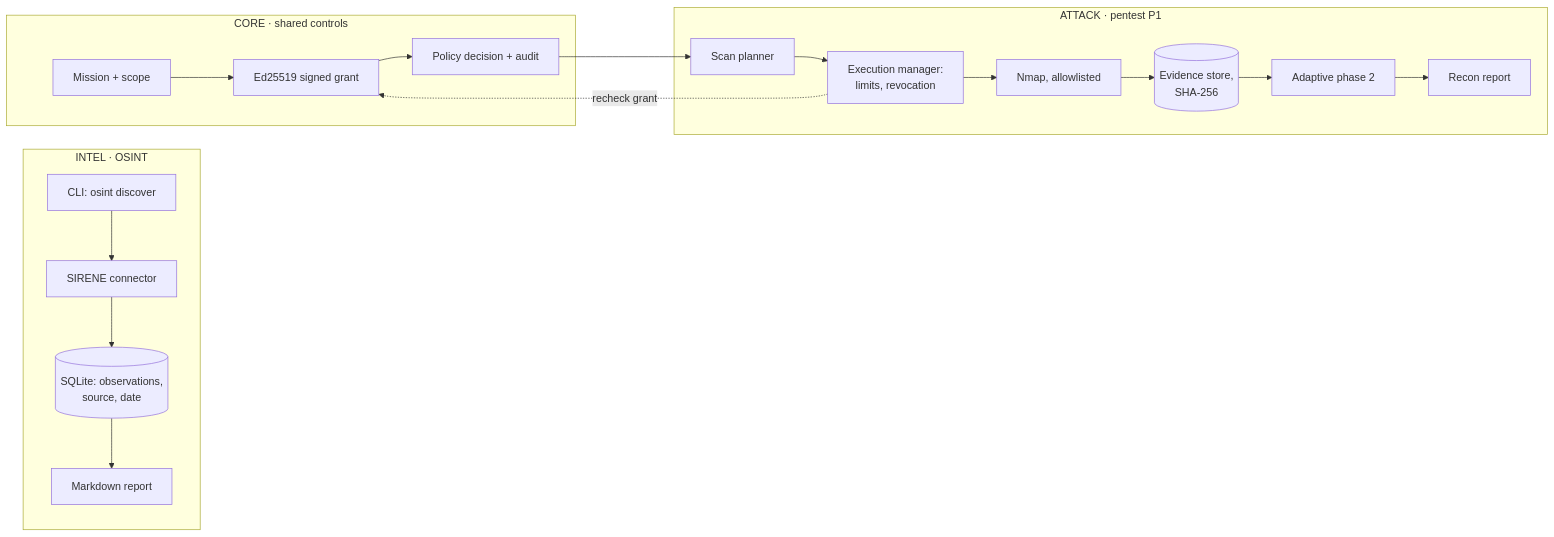
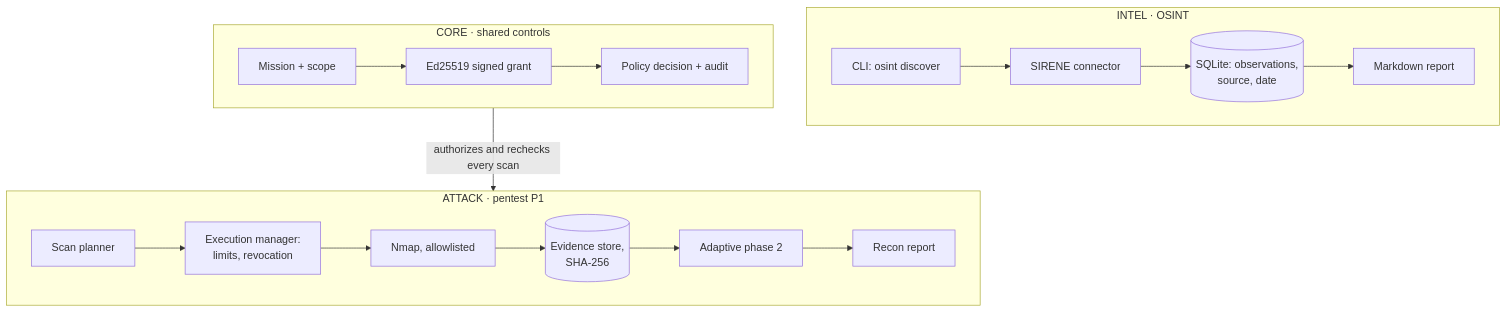
Before and after one commit to JN13012/Argos: the diagram in README.md, drawn with Mermaid.

Commit message:
docs(readme): stack architecture lanes for readability

````diff
--- a/README.md
+++ b/README.md
@@ -77,14 +77,16 @@
 ```mermaid
-flowchart LR
+flowchart TB
   subgraph INTEL["INTEL · OSINT"]
+    direction LR
     CLI[CLI: osint discover] --> SIR[SIRENE connector] --> OBS[(SQLite: observations,<br>source, date)] --> REP[Markdown report]
   end
   subgraph CORE["CORE · shared controls"]
+    direction LR
     MIS[Mission + scope] --> SIG[Ed25519 signed grant] --> POL[Policy decision + audit]
   end
   subgraph ATTACK["ATTACK · pentest P1"]
+    direction LR
     PLAN[Scan planner] --> EXE[Execution manager:<br>limits, revocation] --> NMAP[Nmap, allowlisted] --> EVI[(Evidence store,<br>SHA-256)] --> ADA[Adaptive phase 2] --> REC[Recon report]
   end
-  POL --> PLAN
-  EXE -. recheck grant .-> SIG
+  CORE -- authorizes and rechecks every scan --> ATTACK
 ```
````
